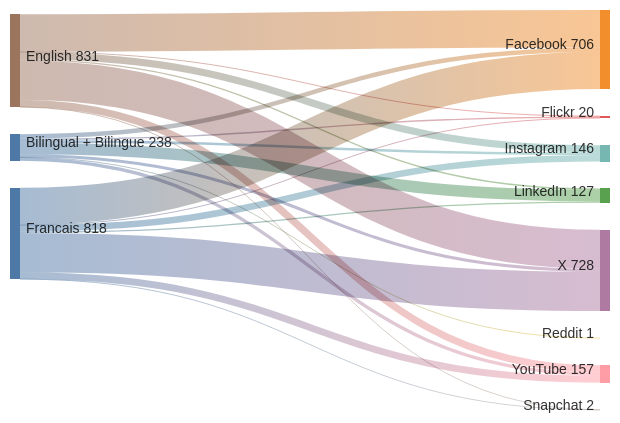
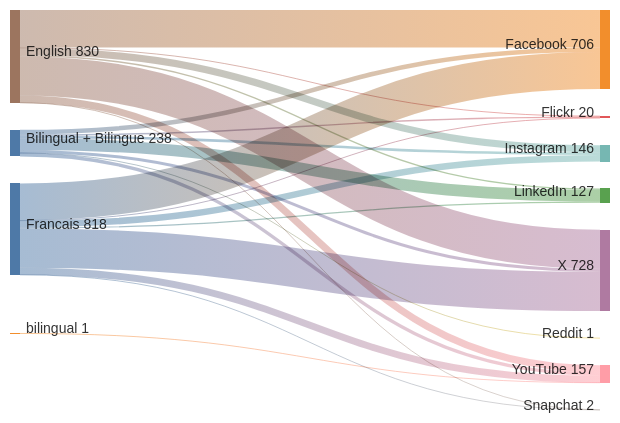
One commit to PatLittle/GC-Socials changed the diagram in sankey_diagram.md. Above: the diagram before and after it, drawn with Mermaid.

Commit message:
Update Sankey diagram for the most recent day

````diff
--- a/sankey_diagram.md
+++ b/sankey_diagram.md
@@ -1,24 +1,25 @@
 ```mermaid
 sankey-beta
   Bilingual + Bilingue,Facebook,40
   Bilingual + Bilingue,Flickr,13
   Bilingual + Bilingue,Instagram,23
   Bilingual + Bilingue,LinkedIn,104
   Bilingual + Bilingue,Reddit,1
   Bilingual + Bilingue,X,27
   Bilingual + Bilingue,YouTube,30
   English,Facebook,335
   English,Flickr,4
   English,Instagram,64
   English,LinkedIn,12
   English,Snapchat,1
   English,X,350
-  English,YouTube,65
+  English,YouTube,64
   Francais,Facebook,331
   Francais,Flickr,3
   Francais,Instagram,59
   Francais,LinkedIn,11
   Francais,Snapchat,1
   Francais,X,351
   Francais,YouTube,62
+  bilingual,YouTube,1
 ```
````
